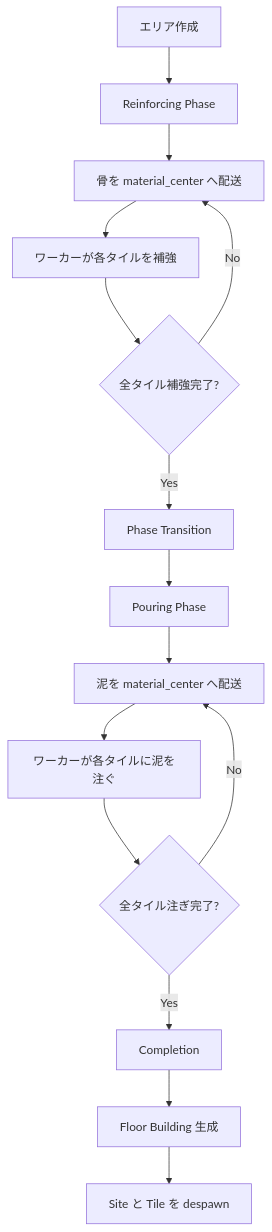
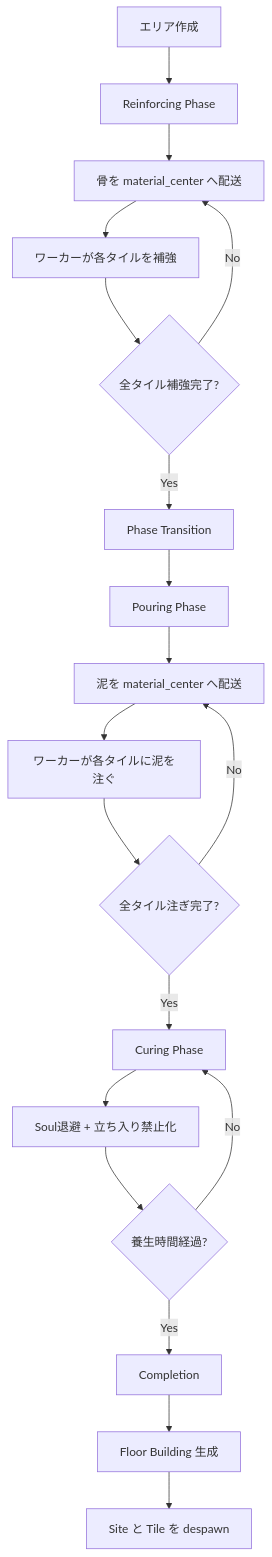
The second of 2 diagrams in docs/building.md (iaammssssstupiddddd-commits/hell-workers), drawn with Mermaid before and after one commit. The commit also changed other lines of this file and 8 other files, not shown here.

````diff
--- a/docs/building.md
+++ b/docs/building.md
@@ -226,17 +227,21 @@
 ```mermaid
 flowchart TD
     A[エリア作成] --> B[Reinforcing Phase]
     B --> C[骨を material_center へ配送]
     C --> D[ワーカーが各タイルを補強]
     D --> E{全タイル補強完了?}
     E -->|No| C
     E -->|Yes| F[Phase Transition]
     F --> G[Pouring Phase]
     G --> H[泥を material_center へ配送]
     H --> I[ワーカーが各タイルに泥を注ぐ]
     I --> J{全タイル注ぎ完了?}
     J -->|No| H
-    J -->|Yes| K[Completion]
-    K --> L[Floor Building 生成]
-    L --> M[Site と Tile を despawn]
+    J -->|Yes| K[Curing Phase]
+    K --> L[Soul退避 + 立ち入り禁止化]
+    L --> M{養生時間経過?}
+    M -->|No| K
+    M -->|Yes| N[Completion]
+    N --> O[Floor Building 生成]
+    O --> P[Site と Tile を despawn]
 ```
````
